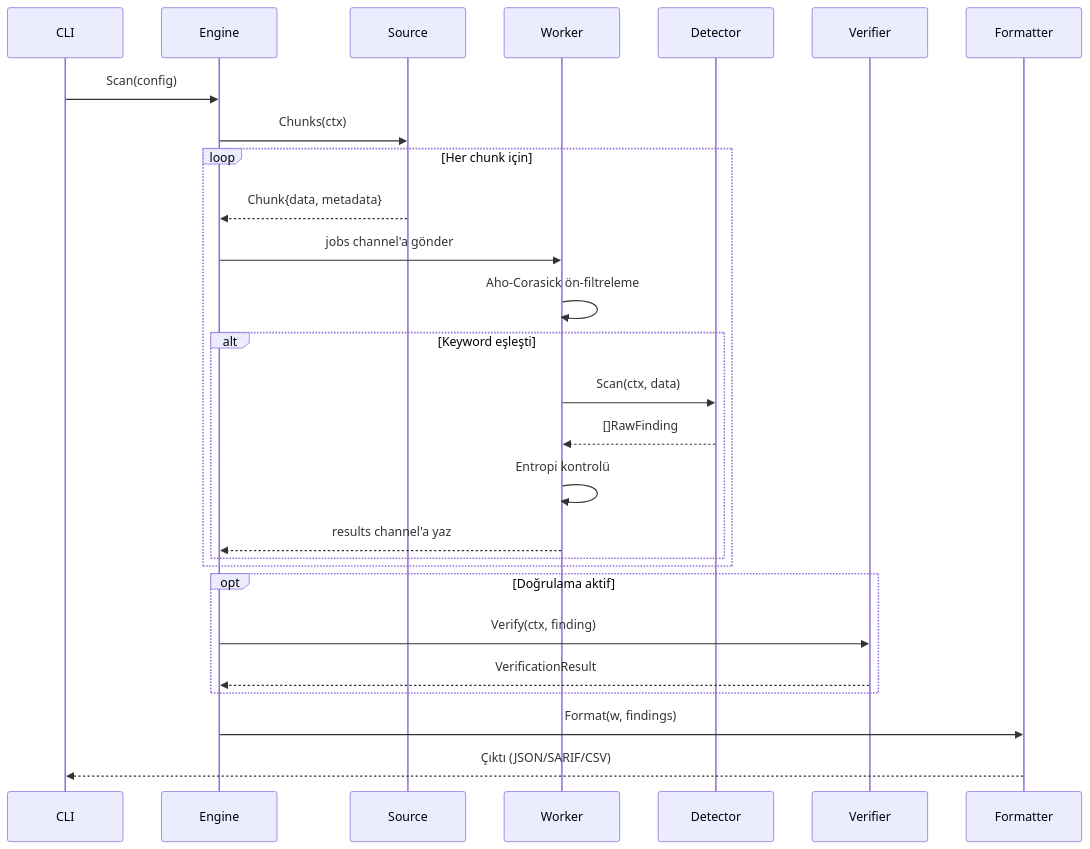
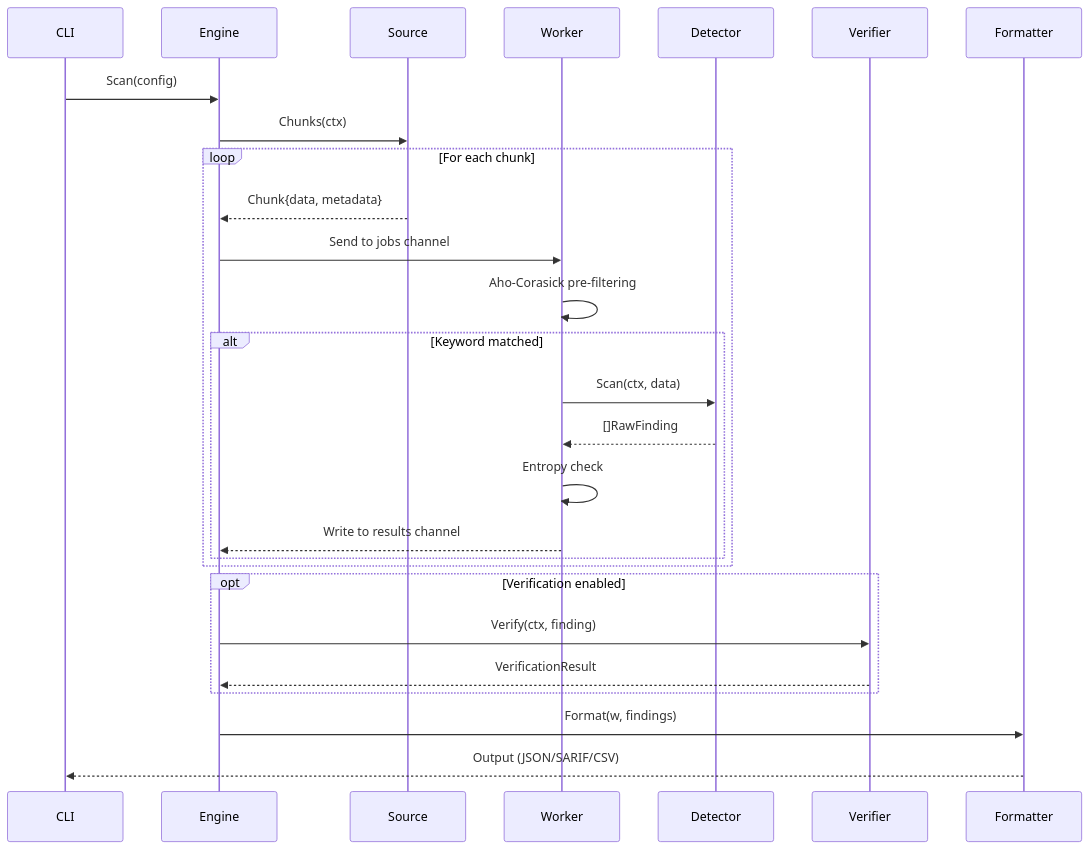
One commit to actions-marketplace-validations/HodeTech_Leakwatch changed the third of 8 diagrams in docs/architecture/03-ARCHITECTURE.md. Above: the diagram before and after it, drawn with Mermaid. The commit also changed other lines of this file and 44 other files, not shown here.

````diff
--- a/docs/architecture/03-ARCHITECTURE.md
+++ b/docs/architecture/03-ARCHITECTURE.md
@@ -303,30 +303,30 @@
 ```mermaid
 sequenceDiagram
     participant CLI
     participant Engine
     participant Source
     participant Worker
     participant Detector
     participant Verifier
     participant Formatter
 
     CLI->>Engine: Scan(config)
     Engine->>Source: Chunks(ctx)
-    loop Her chunk için
+    loop For each chunk
         Source-->>Engine: Chunk{data, metadata}
-        Engine->>Worker: jobs channel'a gönder
-        Worker->>Worker: Aho-Corasick ön-filtreleme
-        alt Keyword eşleşti
+        Engine->>Worker: Send to jobs channel
+        Worker->>Worker: Aho-Corasick pre-filtering
+        alt Keyword matched
             Worker->>Detector: Scan(ctx, data)
             Detector-->>Worker: []RawFinding
-            Worker->>Worker: Entropi kontrolü
-            Worker-->>Engine: results channel'a yaz
+            Worker->>Worker: Entropy check
+            Worker-->>Engine: Write to results channel
         end
     end
-    opt Doğrulama aktif
+    opt Verification enabled
         Engine->>Verifier: Verify(ctx, finding)
         Verifier-->>Engine: VerificationResult
     end
     Engine->>Formatter: Format(w, findings)
-    Formatter-->>CLI: Çıktı (JSON/SARIF/CSV)
+    Formatter-->>CLI: Output (JSON/SARIF/CSV)
 ```
````
